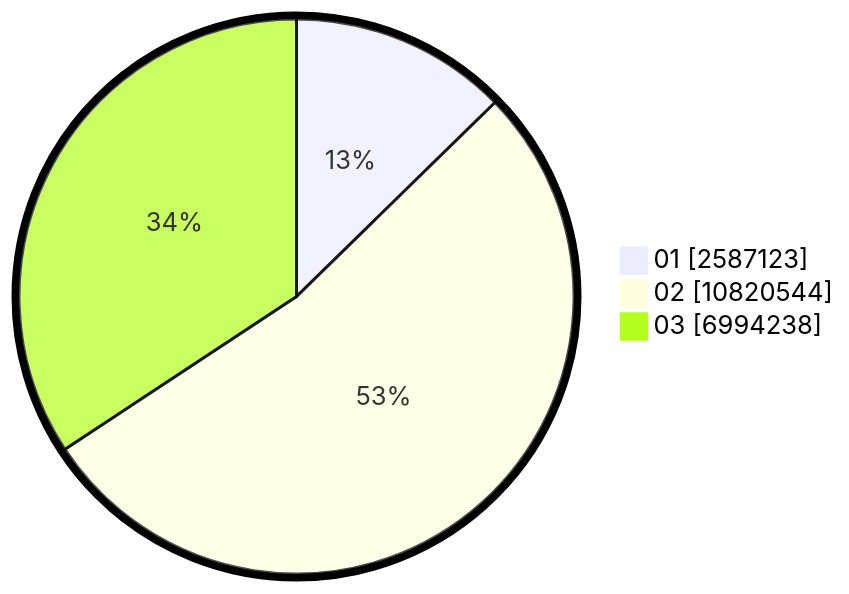
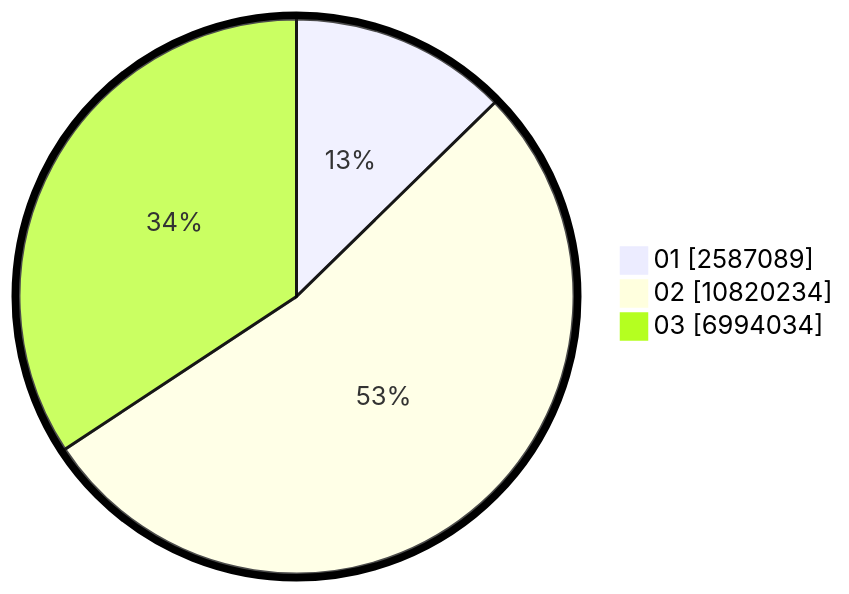
Before and after one commit to gigit-pemilu/pemilu-2024: the second of 2 diagrams in pilpres/hitung-suara/sub/table-wilayah-33.md, drawn with Mermaid. The commit also changed other lines of this file and 10 other files, not shown here.

````diff
--- a/pilpres/hitung-suara/sub/table-wilayah-33.md
+++ b/pilpres/hitung-suara/sub/table-wilayah-33.md
@@ -15,7 +15,7 @@
 ```mermaid
 %%{init: {"pie": {"textPosition": 0.5}, "themeVariables": {"pieOuterStrokeWidth": "5px"}} }%%
 pie showData
-    "01" : 2587123
-    "02" : 10820544
-    "03" : 6994238
+    "01" : 2587089
+    "02" : 10820234
+    "03" : 6994034
 ```
````
